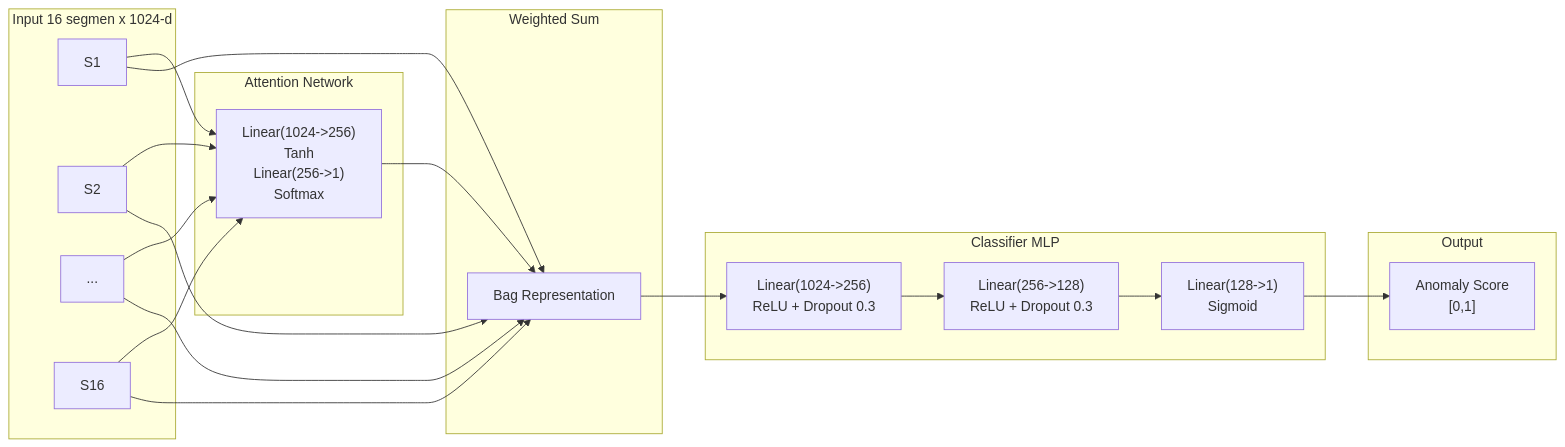
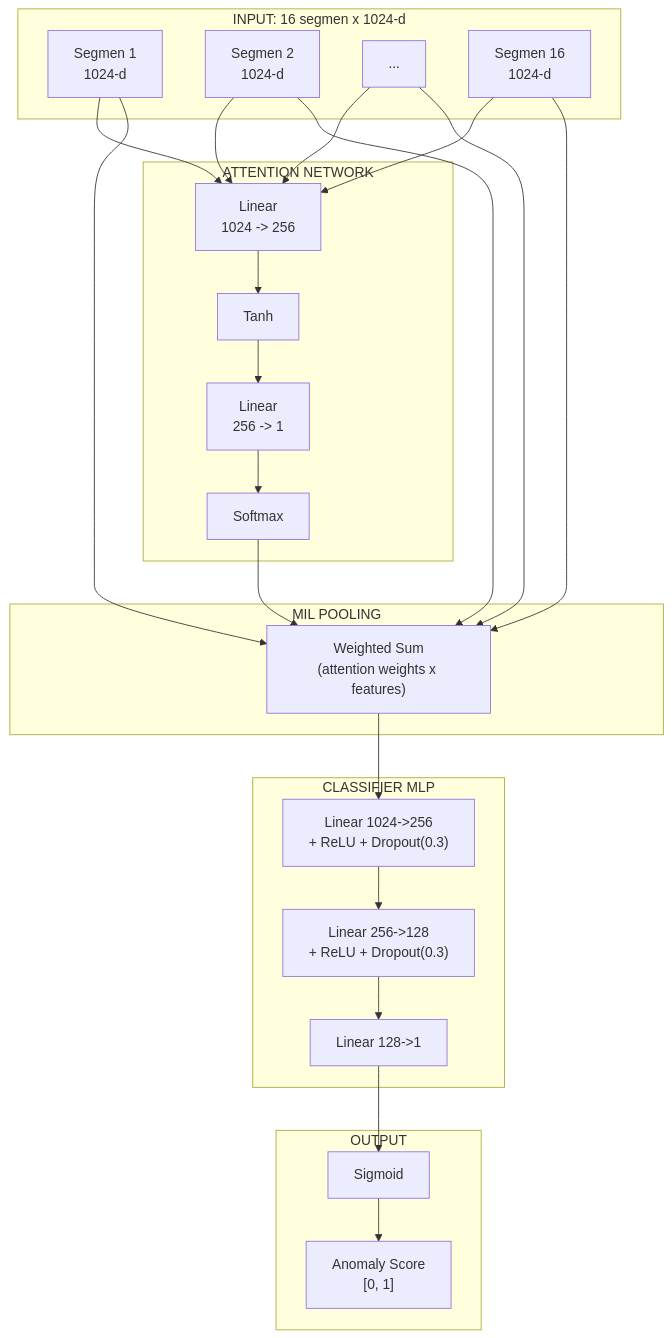
Before and after one commit to FaishallRr/Deteksi-Kerusuhan-Mechine-Learning: the fourth of 4 diagrams in docs/prompt_laporan.md, drawn with Mermaid. The commit also changed other lines of this file, not shown here.

Commit message:
laporan lengkap: 10 tahap dari data mentah ke deployment, 5 mermaid, 138 tabel, 18 gambar

````diff
--- a/docs/prompt_laporan.md
+++ b/docs/prompt_laporan.md
@@ -135,24 +199,36 @@
 ```mermaid
-graph LR
-    subgraph Input["Input 16 segmen x 1024-d"]
-        S1["S1"]; S2["S2"]; SD["..."]; S16["S16"]
+graph TB
+    subgraph Input["INPUT: 16 segmen x 1024-d"]
+        S1["Segmen 1\n1024-d"]
+        S2["Segmen 2\n1024-d"]
+        SD["..."]
+        S16["Segmen 16\n1024-d"]
     end
-    subgraph Att["Attention Network"]
-        L1["Linear(1024->256)\nTanh\nLinear(256->1)\nSoftmax"]
+
+    subgraph Att["ATTENTION NETWORK"]
+        L1["Linear\n1024 -> 256"]
+        T["Tanh"]
+        L2["Linear\n256 -> 1"]
+        SM["Softmax"]
     end
-    subgraph Pool["Weighted Sum"]
-        W["Bag Representation"]
+
+    subgraph Pool["MIL POOLING"]
+        WS["Weighted Sum\n(attention weights x features)"]
     end
-    subgraph MLP["Classifier MLP"]
-        C1["Linear(1024->256)\nReLU + Dropout 0.3"]
-        C2["Linear(256->128)\nReLU + Dropout 0.3"]
-        C3["Linear(128->1)\nSigmoid"]
+
+    subgraph CLS["CLASSIFIER MLP"]
+        C1["Linear 1024->256\n+ ReLU + Dropout(0.3)"]
+        C2["Linear 256->128\n+ ReLU + Dropout(0.3)"]
+        C3["Linear 128->1"]
     end
-    subgraph Out["Output"]
-        O["Anomaly Score\n[0,1]"]
+
+    subgraph Out["OUTPUT"]
+        SIG["Sigmoid"]
+        SCORE["Anomaly Score\n[0, 1]"]
     end
+
     S1 --> L1; S2 --> L1; SD --> L1; S16 --> L1
-    L1 --> W
-    S1 --> W; S2 --> W; SD --> W; S16 --> W
-    W --> C1 --> C2 --> C3 --> O
+    L1 --> T --> L2 --> SM --> WS
+    S1 --> WS; S2 --> WS; SD --> WS; S16 --> WS
+    WS --> C1 --> C2 --> C3 --> SIG --> SCORE
 ```
````
